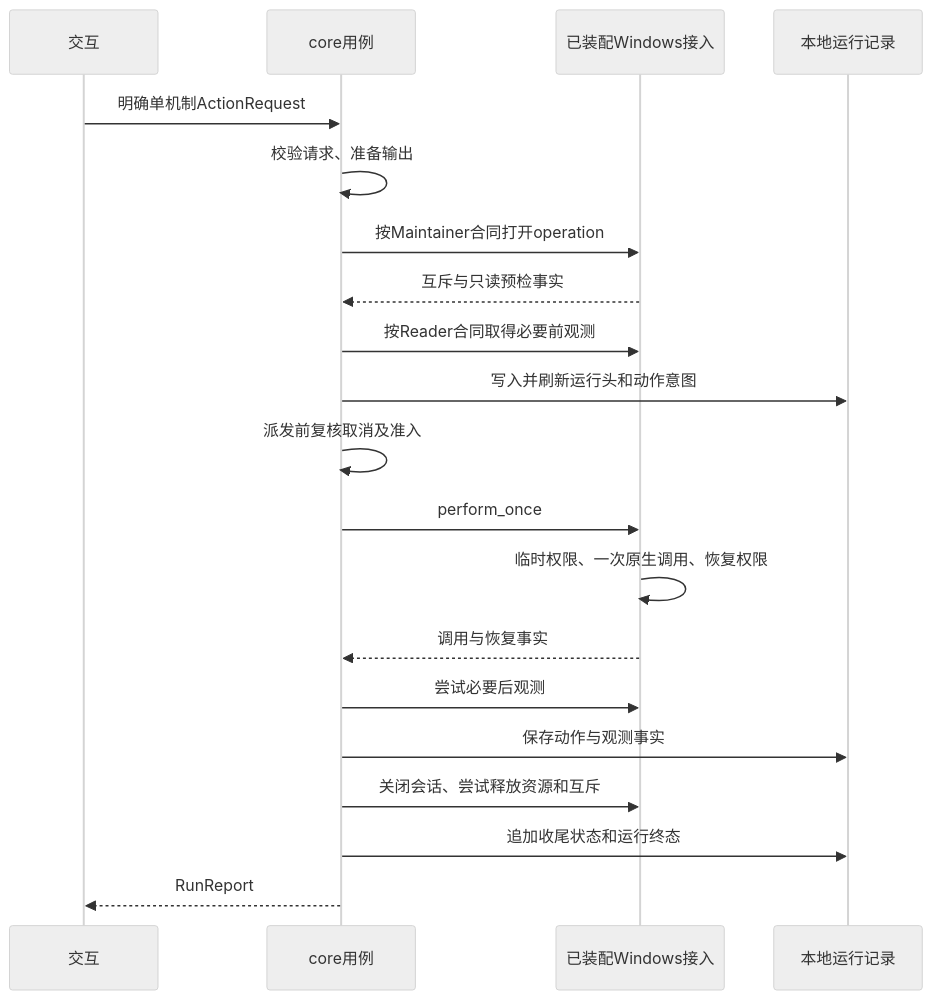
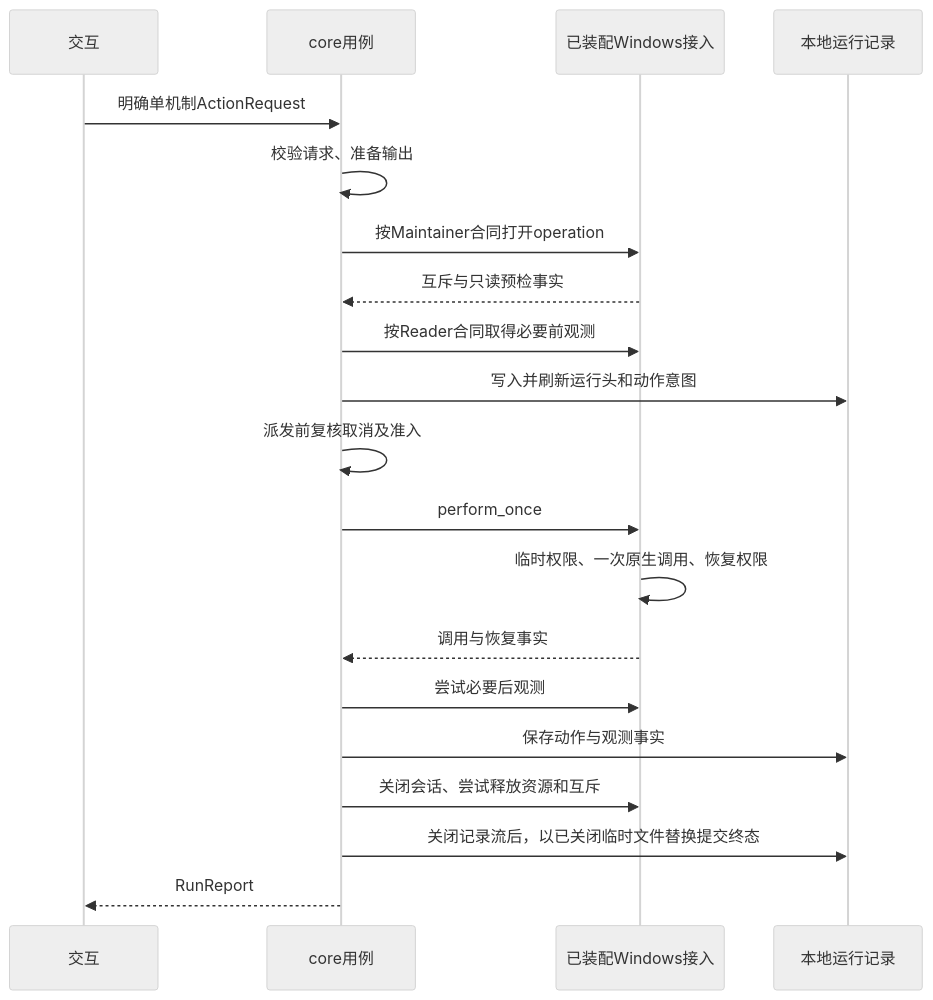
The third of 4 diagrams in docs/CPU 内存清理 架构设计.md (DreamSoul-AI/cpu-memory-cleanup), drawn with Mermaid (neutral theme) before and after one commit. The commit also changed other lines of this file and 61 other files, not shown here.

````diff
--- a/docs/CPU 内存清理 架构设计.md
+++ b/docs/CPU 内存清理 架构设计.md
@@ -104,22 +105,22 @@
 ```mermaid
 sequenceDiagram
     participant I as 交互
     participant C as core用例
     participant W as 已装配Windows接入
     participant R as 本地运行记录
     I->>C: 明确单机制ActionRequest
     C->>C: 校验请求、准备输出
     C->>W: 按Maintainer合同打开operation
     W-->>C: 互斥与只读预检事实
     C->>W: 按Reader合同取得必要前观测
     C->>R: 写入并刷新运行头和动作意图
     C->>C: 派发前复核取消及准入
     C->>W: perform_once
     W->>W: 临时权限、一次原生调用、恢复权限
     W-->>C: 调用与恢复事实
     C->>W: 尝试必要后观测
     C->>R: 保存动作与观测事实
     C->>W: 关闭会话、尝试释放资源和互斥
-    C->>R: 追加收尾状态和运行终态
+    C->>R: 关闭记录流后，以已关闭临时文件替换提交终态
     C-->>I: RunReport
 ```
````
